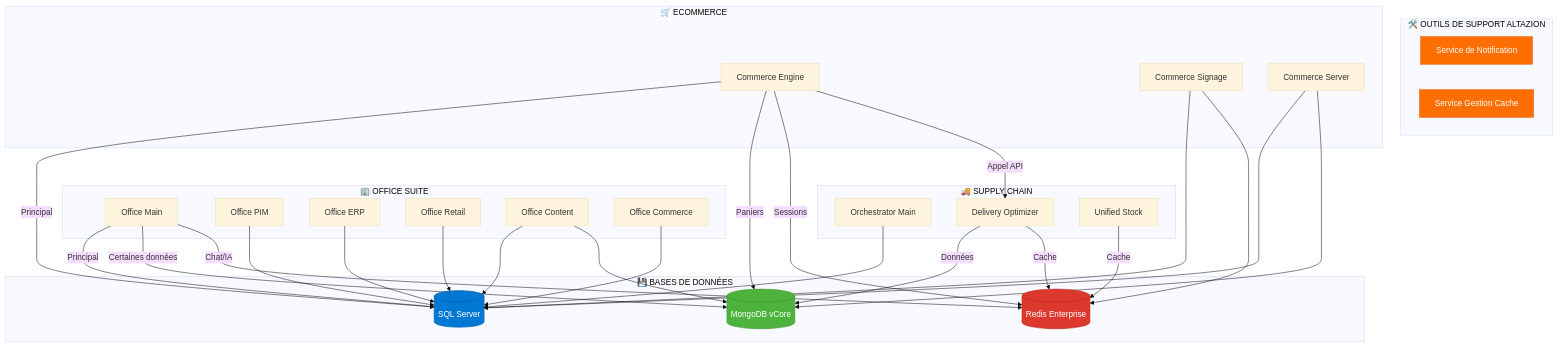
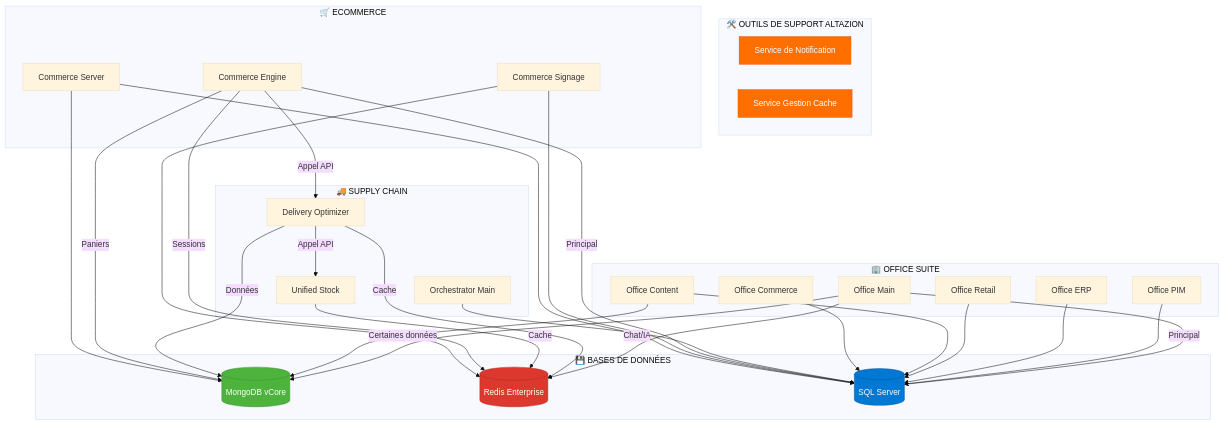
The second of 5 diagrams in fr-fr/architecture/architecture.md (altazion/altazion-dev), drawn with Mermaid (base theme) before and after one commit. The commit also changed other lines of this file, not shown here.

Commit message:
Mise à jour de l'architecture.md

````diff
--- a/fr-fr/architecture/architecture.md
+++ b/fr-fr/architecture/architecture.md
@@ -69,72 +71,73 @@
 ```mermaid
 graph TB
     subgraph "💾 BASES DE DONNÉES"
         MONGO[(MongoDB vCore)]
         REDIS[(Redis Enterprise)]
         SQL[(SQL Server)]
     end
 
     subgraph "🛠️ OUTILS DE SUPPORT ALTAZION"
         NOTIF[Service de Notification]
         CACHE[Service Gestion Cache]
     end
 
     subgraph "🏢 OFFICE SUITE"
         OM[Office Main]
         OPIM[Office PIM]
         OERP[Office ERP]
         ORET[Office Retail]
         OCONT[Office Content]
         OCOM[Office Commerce]
     end
 
     subgraph "🚚 SUPPLY CHAIN"
         OMAIN[Orchestrator Main]
         DELIV[Delivery Optimizer]
         USTOCK[Unified Stock]
     end
 
     subgraph "🛒 ECOMMERCE"
         CENG[Commerce Engine]
         CSIGN[Commerce Signage]
         CSERV[Commerce Server]
     end
 
     %% Connexions Office
     OM -->|Principal| SQL
     OM -->|Certaines données| MONGO
     OM -->|Chat/IA| REDIS
     
     OPIM --> SQL
     OERP --> SQL
     ORET --> SQL
     OCONT --> SQL
     OCONT --> MONGO
     OCOM --> SQL
 
     %% Connexions Supply Chain
     OMAIN --> SQL
     DELIV -->|Données| MONGO
     DELIV -->|Cache| REDIS
+    DELIV -->|Appel API| USTOCK
     USTOCK -->|Cache| REDIS
 
     %% Connexions ECommerce
     CENG -->|Principal| SQL
     CENG -->|Paniers| MONGO
     CENG -->|Sessions| REDIS
     CENG -->|Appel API| DELIV
     
     CSIGN --> SQL
     CSIGN --> REDIS
     
     CSERV --> SQL
     CSERV --> MONGO
 
     %% Style des bases de données
     style MONGO fill:#4DB33D,stroke:#3E8E2E,color:#fff
     style REDIS fill:#DC382D,stroke:#B02A21,color:#fff
     style SQL fill:#0078D4,stroke:#005A9E,color:#fff
     
     style NOTIF fill:#FF6F00,stroke:#E65100,color:#fff
     style CACHE fill:#FF6F00,stroke:#E65100,color:#fff
 ```
````
